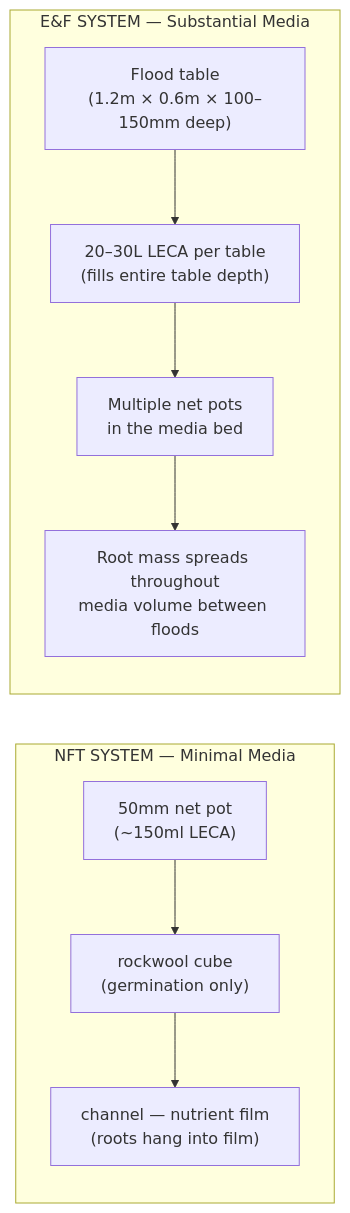
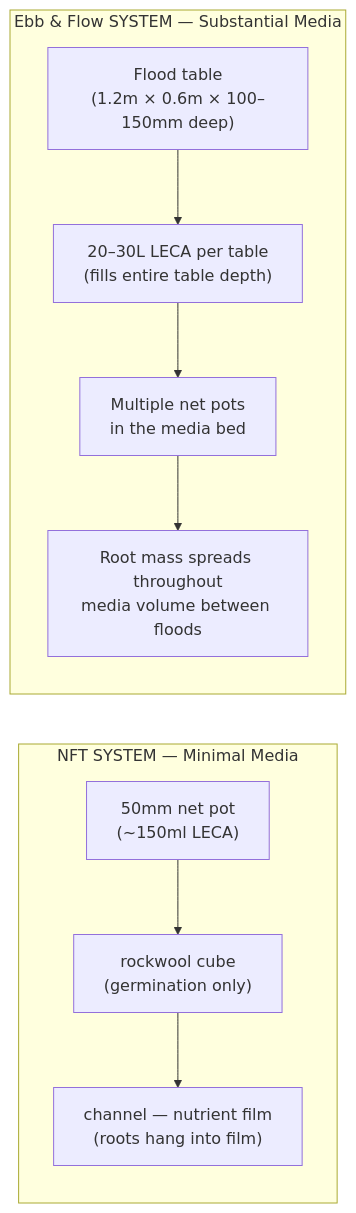
Before and after one commit to UncleJS/guide_hydroponics: the first of 2 diagrams in guide/ebb-and-flow/05-growing-media.md, drawn with Mermaid. The commit also changed 12 other files, not shown here.

````diff
--- a/guide/ebb-and-flow/05-growing-media.md
+++ b/guide/ebb-and-flow/05-growing-media.md
@@ -54,19 +54,17 @@
 ```mermaid
 flowchart LR
     subgraph NFT["NFT SYSTEM — Minimal Media"]
-        direction TB
         NP["50mm net pot<br/>(~150ml LECA)"]
         RW["rockwool cube<br/>(germination only)"]
         CH["channel — nutrient film<br/>(roots hang into film)"]
         NP --> RW --> CH
     end
 
-    subgraph EF["E&F SYSTEM — Substantial Media"]
-        direction TB
+    subgraph EF["Ebb &amp; Flow SYSTEM — Substantial Media"]
         TABLE["Flood table<br/>(1.2m × 0.6m × 100–150mm deep)"]
         LECA["20–30L LECA per table<br/>(fills entire table depth)"]
         NP2["Multiple net pots<br/>in the media bed"]
         ROOTS["Root mass spreads throughout<br/>media volume between floods"]
         TABLE --> LECA --> NP2 --> ROOTS
     end
 ```
````
